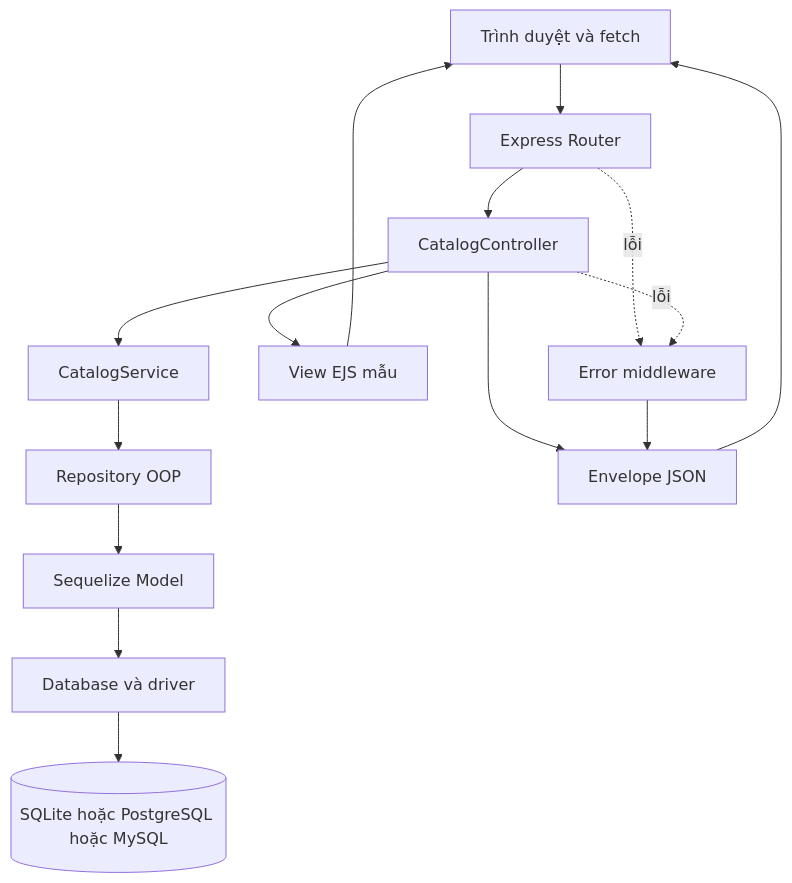
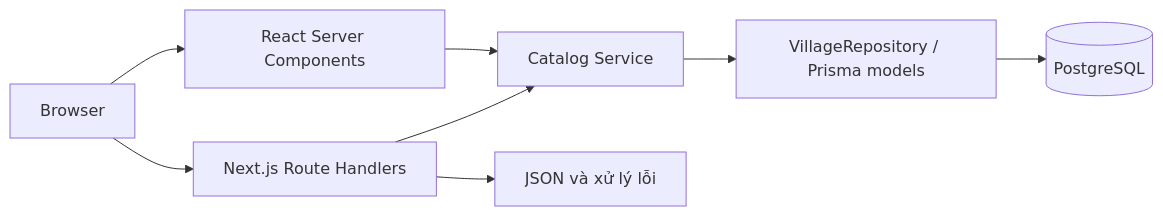
The diagram in docs/architecture.md (KatoTheFirst/vCraft), drawn with Mermaid before and after one commit. The commit also changed other lines of this file and 47 other files, not shown here.

````diff
--- a/docs/architecture.md
+++ b/docs/architecture.md
@@ -31,17 +5,10 @@
 ```mermaid
-flowchart TD
-  Browser[Trình duyệt và fetch] --> Router[Express Router]
-  Router --> Controller[CatalogController]
-  Controller --> Service[CatalogService]
-  Service --> Repository[Repository OOP]
-  Repository --> Models[Sequelize Model]
-  Models --> Database[Database và driver]
-  Database --> DB[(SQLite hoặc PostgreSQL hoặc MySQL)]
-  Controller --> Views[View EJS mẫu]
-  Views --> Browser
-  Controller --> JSON[Envelope JSON]
-  JSON --> Browser
-  Router -. lỗi .-> Errors[Error middleware]
-  Controller -. lỗi .-> Errors
-  Errors --> JSON
+flowchart LR
+  Browser --> View[React Server Components]
+  Browser --> Controller[Next.js Route Handlers]
+  View --> Service[Catalog Service]
+  Controller --> Service
+  Controller --> HTTP[JSON và xử lý lỗi]
+  Service --> Repo[VillageRepository / Prisma models]
+  Repo --> PG[(PostgreSQL)]
 ```
````
